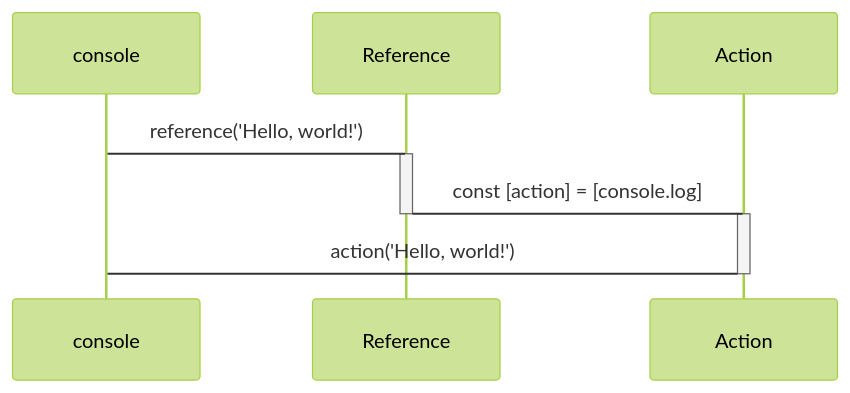
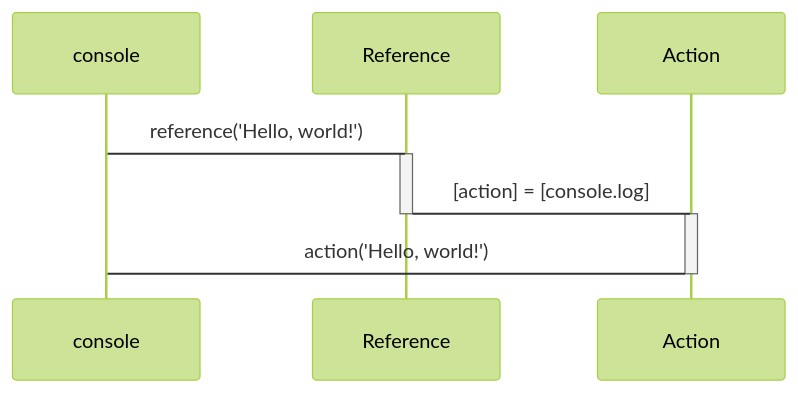
Before and after one commit to domrally/peekeasy: the second of 4 diagrams in README.md, drawn with Mermaid (forest theme). The commit also changed other lines of this file, not shown here.

````diff
--- a/README.md
+++ b/README.md
@@ -78,10 +78,10 @@
 ```mermaid
 sequenceDiagram
     console->Reference: reference('Hello, world!')
     activate Reference
-    Reference->Action: const [action] = [console.log]
+    Reference->Action: [action] = [console.log]
     deactivate Reference
     activate Action
     Action->console: action('Hello, world!')
     deactivate Action
 ```
````
